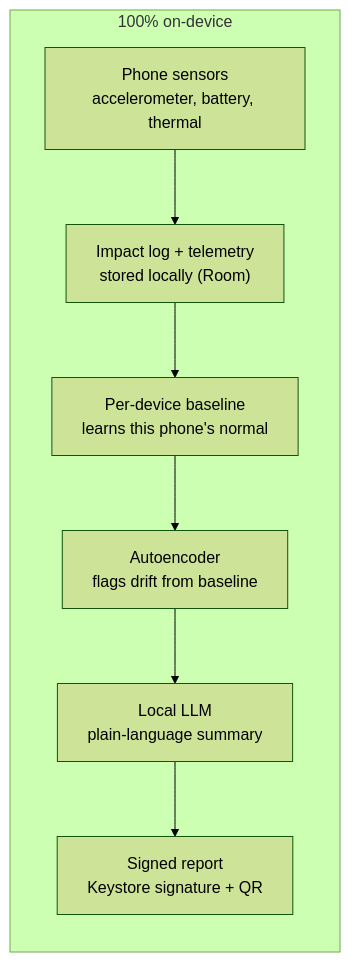
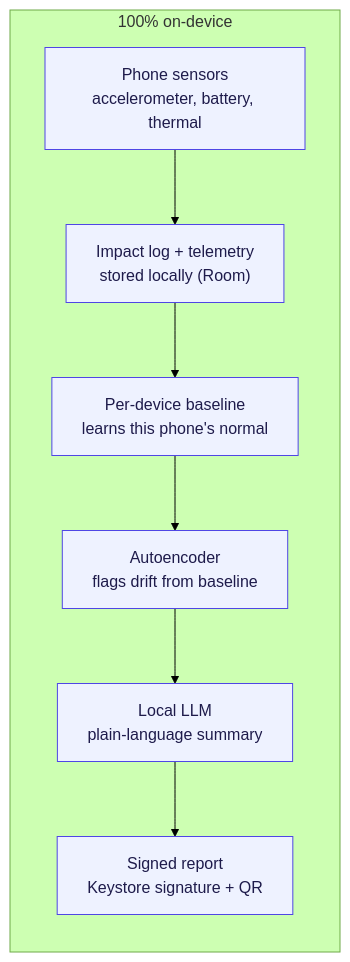
Before and after one commit to anish326/PhonePulse: the second of 2 diagrams in README.md, drawn with Mermaid (forest theme). The commit also changed other lines of this file, not shown here.

````diff
--- a/README.md
+++ b/README.md
@@ -102,10 +87,13 @@
 ```mermaid
 flowchart LR
     subgraph DEVICE["100% on-device"]
         A["Phone sensors<br/>accelerometer, battery, thermal"] --> B["Impact log + telemetry<br/>stored locally (Room)"]
         B --> C["Per-device baseline<br/>learns this phone's normal"]
         C --> D["Autoencoder<br/>flags drift from baseline"]
         D --> E["Local LLM<br/>plain-language summary"]
         E --> F["Signed report<br/>Keystore signature + QR"]
     end
+
+    classDef step fill:#EEF2FF,stroke:#4F46E5,color:#1E1B4B;
+    class A,B,C,D,E,F step;
 ```
````
